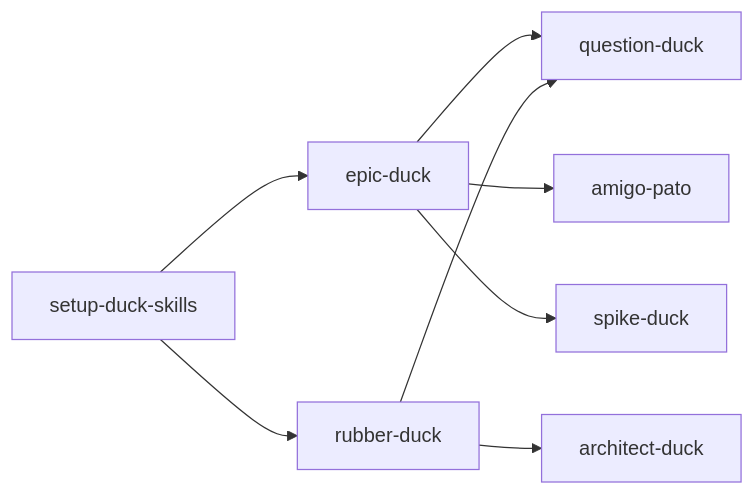
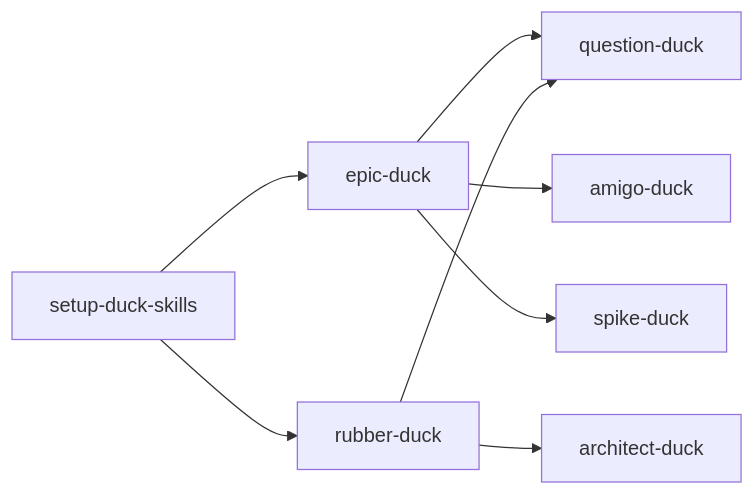
The diagram in .backlog/spike/0003-skill-inventory.md (Pappa/duck-skills), drawn with Mermaid before and after one commit. The commit also changed other lines of this file and 18 other files, not shown here.

Commit message:
Rename amigo-duck

````diff
--- a/.backlog/spike/0003-skill-inventory.md
+++ b/.backlog/spike/0003-skill-inventory.md
@@ -117,18 +117,18 @@
 ```mermaid
 flowchart LR
   setup[setup-duck-skills]
   epic[epic-duck]
   rubber[rubber-duck]
   q[question-duck]
   arch[architect-duck]
-  amigo[amigo-pato]
+  amigo[amigo-duck]
   spike[spike-duck]
 
   setup --> epic
   setup --> rubber
   epic --> q
   epic --> amigo
   epic --> spike
   rubber --> q
   rubber --> arch
 ```
````
